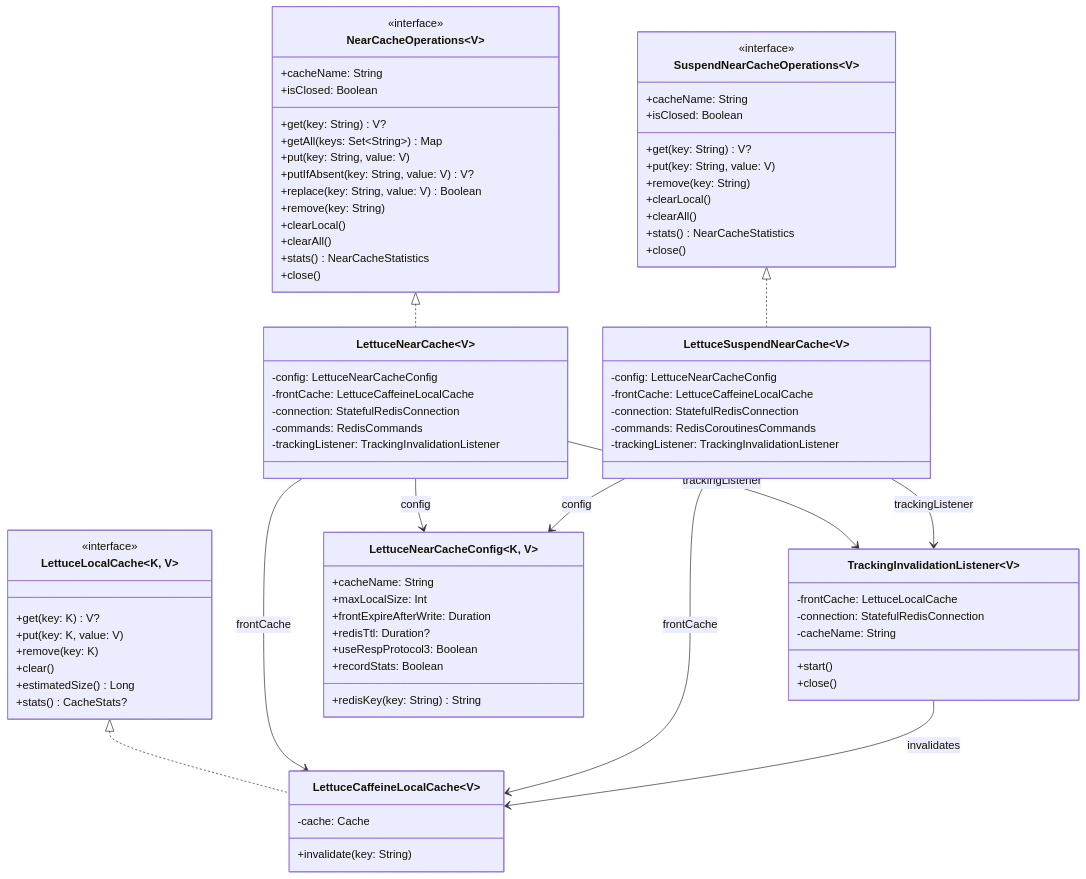
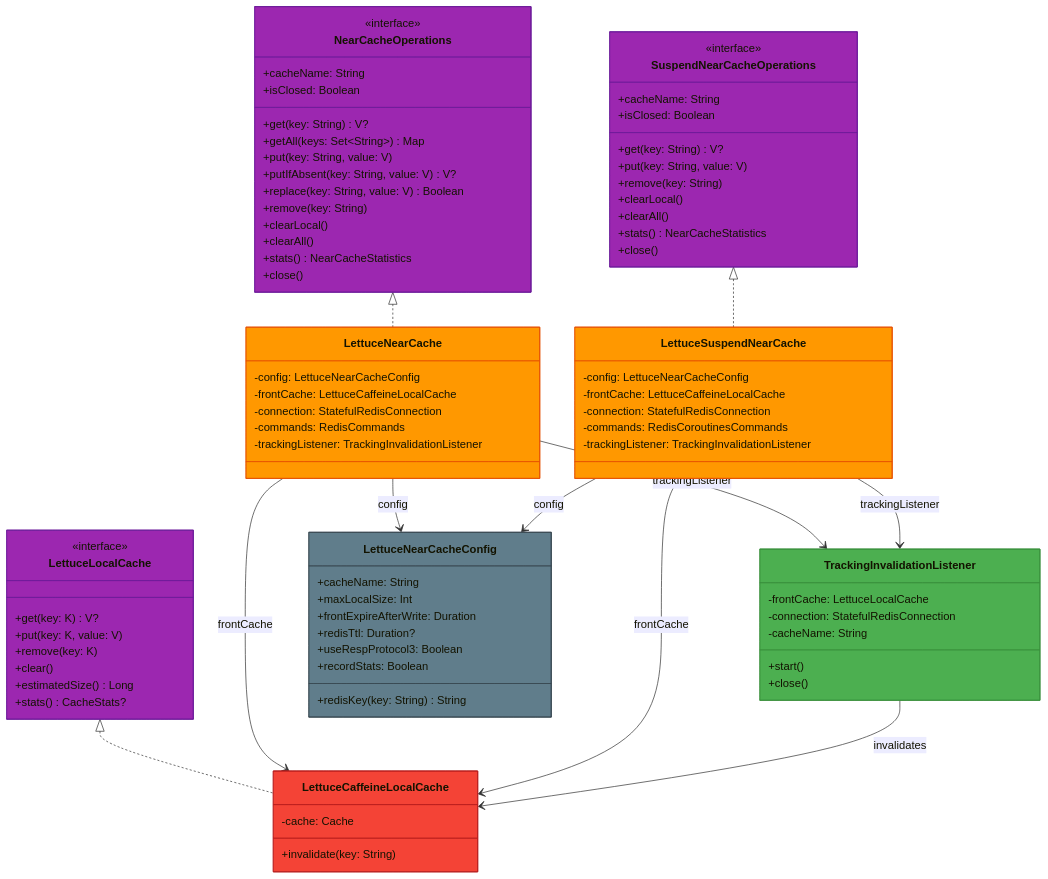
Before and after one commit to bluetape4k/bluetape4k-projects: the second of 3 diagrams in infra/cache-lettuce/README.md, drawn with Mermaid. The commit also changed 74 other files, not shown here.

First line of the commit message:
docs: bluetape4k/core/coroutines/logging, io/feign~vertx README 색상 Mermaid UML 추가

````diff
--- a/infra/cache-lettuce/README.md
+++ b/infra/cache-lettuce/README.md
@@ -176,6 +176,6 @@
 ```mermaid
 classDiagram
-    class NearCacheOperations~V~ {
+    class NearCacheOperations:::abstractStyle {
         <<interface>>
         +cacheName: String
         +isClosed: Boolean
@@ -191,7 +191,7 @@
         +close()
     }
 
-    class SuspendNearCacheOperations~V~ {
+    class SuspendNearCacheOperations:::abstractStyle {
         <<interface>>
         +cacheName: String
         +isClosed: Boolean
@@ -204,7 +204,7 @@
         +close()
     }
 
-    class LettuceNearCache~V~ {
+    class LettuceNearCache:::redisStyle {
         -config: LettuceNearCacheConfig
         -frontCache: LettuceCaffeineLocalCache
         -connection: StatefulRedisConnection
@@ -212,7 +212,7 @@
         -trackingListener: TrackingInvalidationListener
     }
 
-    class LettuceSuspendNearCache~V~ {
+    class LettuceSuspendNearCache:::redisStyle {
         -config: LettuceNearCacheConfig
         -frontCache: LettuceCaffeineLocalCache
         -connection: StatefulRedisConnection
@@ -220,47 +220,54 @@
         -trackingListener: TrackingInvalidationListener
     }
 
-    class LettuceLocalCache~K, V~ {
-<<interface>>
-+get(key: K) V?
-+put(key: K, value: V)
-+remove(key: K)
-+clear()
-+estimatedSize() Long
-+stats() CacheStats?
- }
+    class LettuceLocalCache:::abstractStyle {
+        <<interface>>
+        +get(key: K) V?
+        +put(key: K, value: V)
+        +remove(key: K)
+        +clear()
+        +estimatedSize() Long
+        +stats() CacheStats?
+    }
 
-class LettuceCaffeineLocalCache~V~ {
--cache: Cache
-+invalidate(key: String)
-}
+    class LettuceCaffeineLocalCache:::cacheStyle {
+        -cache: Cache
+        +invalidate(key: String)
+    }
 
-class TrackingInvalidationListener~V~ {
--frontCache: LettuceLocalCache
--connection: StatefulRedisConnection
--cacheName: String
-+start()
-+close()
-}
+    class TrackingInvalidationListener:::serviceStyle {
+        -frontCache: LettuceLocalCache
+        -connection: StatefulRedisConnection
+        -cacheName: String
+        +start()
+        +close()
+    }
 
-class LettuceNearCacheConfig~K, V~ {
-+cacheName: String
-+maxLocalSize: Int
-+frontExpireAfterWrite: Duration
-+redisTtl: Duration?
-+useRespProtocol3: Boolean
-+recordStats: Boolean
-+redisKey(key: String) String
-}
+    class LettuceNearCacheConfig:::infraStyle {
+        +cacheName: String
+        +maxLocalSize: Int
+        +frontExpireAfterWrite: Duration
+        +redisTtl: Duration?
+        +useRespProtocol3: Boolean
+        +recordStats: Boolean
+        +redisKey(key: String) String
+    }
 
-NearCacheOperations <|.. LettuceNearCache
-SuspendNearCacheOperations <|.. LettuceSuspendNearCache
-LettuceLocalCache <|.. LettuceCaffeineLocalCache
-LettuceNearCache --> LettuceCaffeineLocalCache: frontCache
-LettuceNearCache --> TrackingInvalidationListener: trackingListener
-LettuceNearCache --> LettuceNearCacheConfig: config
-LettuceSuspendNearCache --> LettuceCaffeineLocalCache: frontCache
-LettuceSuspendNearCache --> TrackingInvalidationListener: trackingListener
-LettuceSuspendNearCache --> LettuceNearCacheConfig: config
-TrackingInvalidationListener --> LettuceCaffeineLocalCache: invalidates
+    NearCacheOperations <|.. LettuceNearCache
+    SuspendNearCacheOperations <|.. LettuceSuspendNearCache
+    LettuceLocalCache <|.. LettuceCaffeineLocalCache
+    LettuceNearCache --> LettuceCaffeineLocalCache: frontCache
+    LettuceNearCache --> TrackingInvalidationListener: trackingListener
+    LettuceNearCache --> LettuceNearCacheConfig: config
+    LettuceSuspendNearCache --> LettuceCaffeineLocalCache: frontCache
+    LettuceSuspendNearCache --> TrackingInvalidationListener: trackingListener
+    LettuceSuspendNearCache --> LettuceNearCacheConfig: config
+    TrackingInvalidationListener --> LettuceCaffeineLocalCache: invalidates
+
+    classDef cacheStyle   fill:#F44336,stroke:#B71C1C
+    classDef redisStyle   fill:#FF9800,stroke:#E65100
+    classDef infraStyle   fill:#607D8B,stroke:#37474F
+    classDef clientStyle  fill:#2196F3,stroke:#1565C0
+    classDef abstractStyle fill:#9C27B0,stroke:#6A1B9A
+    classDef serviceStyle fill:#4CAF50,stroke:#388E3C
 ```
````
